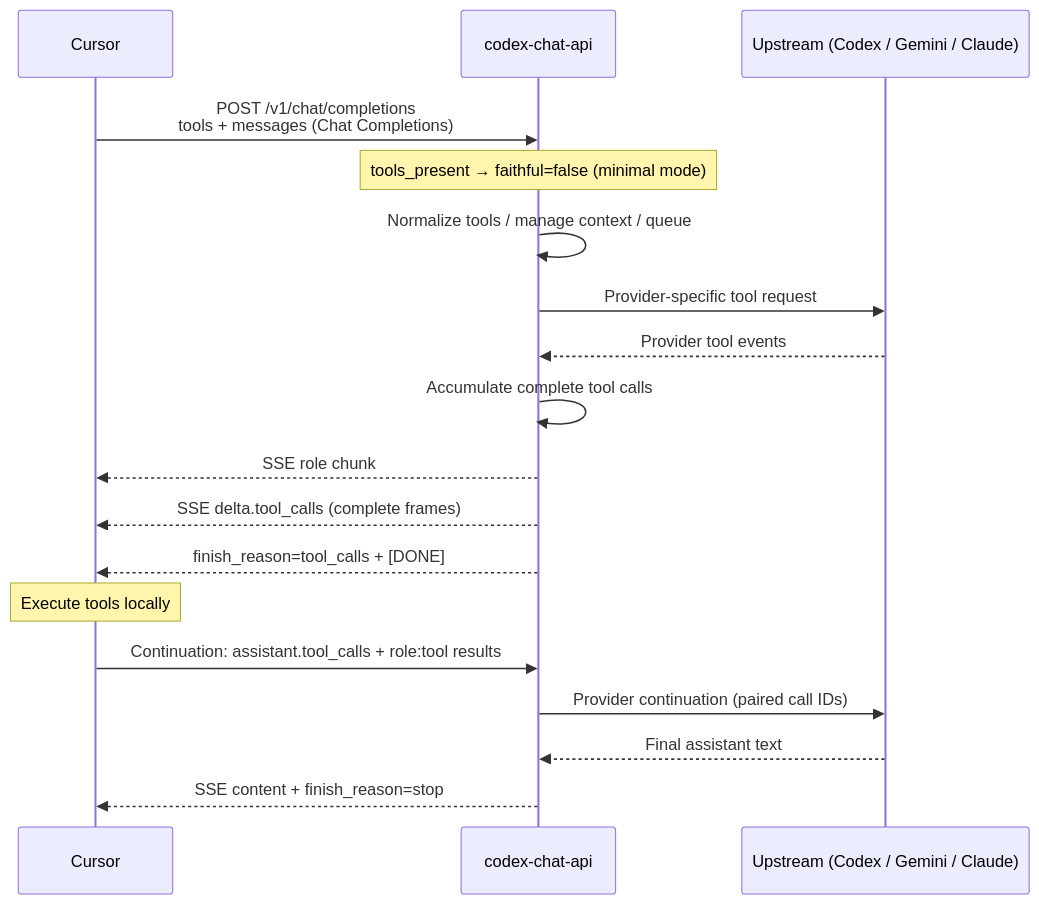
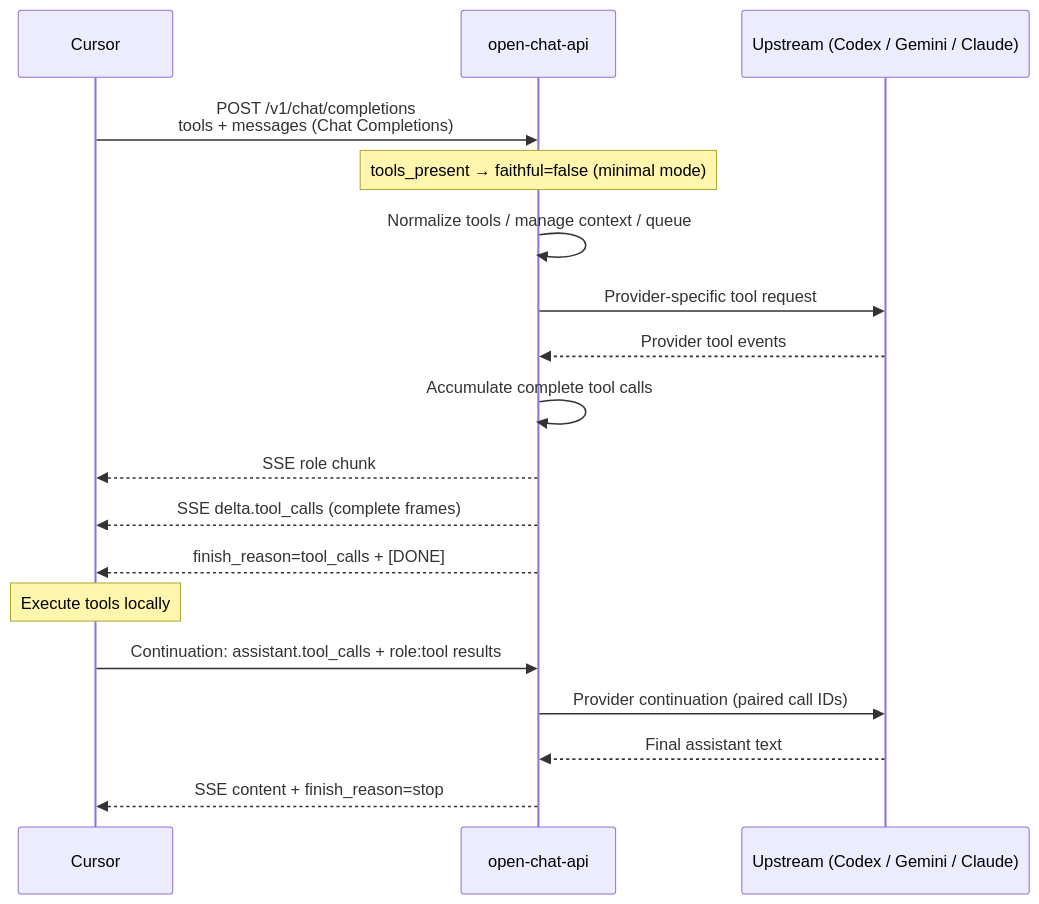
One commit to teslashibe/open-agent-api changed the diagram in website/docs/cursor/tool-conventions.md. Above: the diagram before and after it, drawn with Mermaid. The commit also changed other lines of this file and 68 other files, not shown here.

First line of the commit message:
Rename project from codex-chat-api to open-chat-api.

````diff
--- a/website/docs/cursor/tool-conventions.md
+++ b/website/docs/cursor/tool-conventions.md
@@ -31,21 +31,21 @@
 ```mermaid
 sequenceDiagram
   participant Cursor
-  participant API as codex-chat-api
+  participant API as open-chat-api
   participant Up as Upstream (Codex / Gemini / Claude)
 
   Cursor->>API: POST /v1/chat/completions<br/>tools + messages (Chat Completions)
   Note over API: tools_present → faithful=false (minimal mode)
   API->>API: Normalize tools / manage context / queue
   API->>Up: Provider-specific tool request
   Up-->>API: Provider tool events
   API->>API: Accumulate complete tool calls
   API-->>Cursor: SSE role chunk
   API-->>Cursor: SSE delta.tool_calls (complete frames)
   API-->>Cursor: finish_reason=tool_calls + [DONE]
   Note over Cursor: Execute tools locally
   Cursor->>API: Continuation: assistant.tool_calls + role:tool results
   API->>Up: Provider continuation (paired call IDs)
   Up-->>API: Final assistant text
   API-->>Cursor: SSE content + finish_reason=stop
 ```
````
